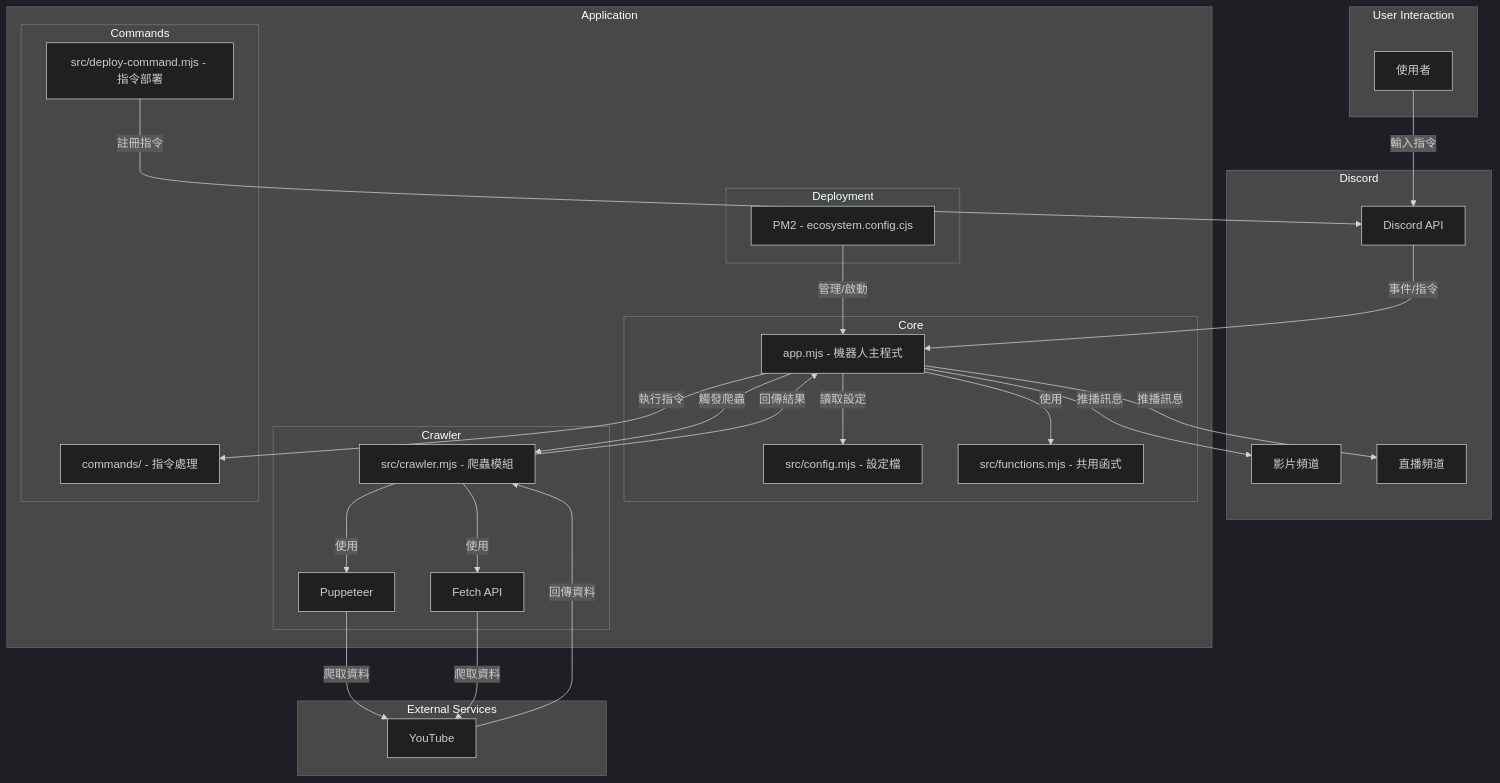
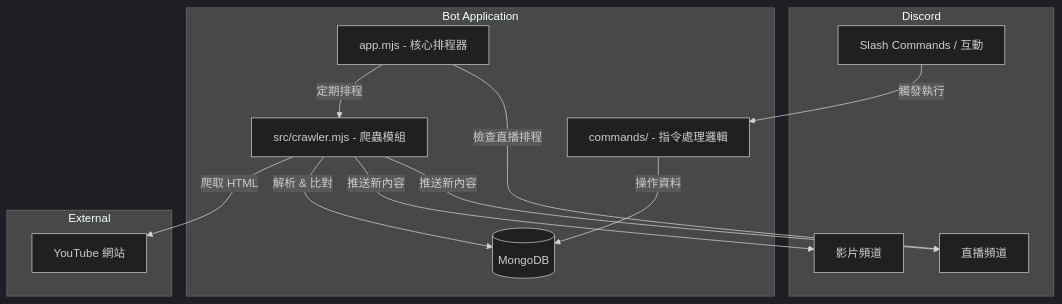
The diagram in README.md (RayLiu1999/yt_discord_bot), drawn with Mermaid (dark theme) before and after one commit. The commit also changed other lines of this file and 1 other file, not shown here.

Commit message:
docs: update README with slash commands and system architecture

````diff
--- a/README.md
+++ b/README.md
@@ -86,61 +91,28 @@
 ```mermaid
 graph TD
-    subgraph User Interaction
-        User[使用者]
-    end
-
     subgraph Discord
-        DiscordAPI[Discord API]
+        Interaction[Slash Commands / 互動]
         VideoChannel[影片頻道]
         StreamChannel[直播頻道]
     end
 
-    subgraph Application
-        subgraph Core
-            App[app.mjs - 機器人主程式]
-            Config[src/config.mjs - 設定檔]
-            Functions[src/functions.mjs - 共用函式]
-        end
-
-        subgraph Crawler
-            CrawlerModule[src/crawler.mjs - 爬蟲模組]
-            Puppeteer[Puppeteer]
-            FetchAPI[Fetch API]
-        end
-
-        subgraph Commands
-            DeployCommands[src/deploy-command.mjs - 指令部署]
-            CommandHandlers[commands/ - 指令處理]
-        end
-
-        subgraph Deployment
-            PM2[PM2 - ecosystem.config.cjs]
-        end
+    subgraph Bot Application
+        App[app.mjs - 核心排程器]
+        CommandHandlers[commands/ - 指令處理邏輯]
+        Crawler[src/crawler.mjs - 爬蟲模組]
+        DB[(MongoDB)]
     end
 
-    subgraph External Services
-        YouTube[YouTube]
+    subgraph External
+        YouTube[YouTube 網站]
     end
 
-    %% Connections
-    User -- 輸入指令 --> DiscordAPI
-    DiscordAPI -- 事件/指令 --> App
-
-    App -- 讀取設定 --> Config
-    App -- 使用 --> Functions
-    App -- 觸發爬蟲 --> CrawlerModule
-    App -- 執行指令 --> CommandHandlers
-    App -- 推播訊息 --> VideoChannel
-    App -- 推播訊息 --> StreamChannel
-
-    CrawlerModule -- 使用 --> Puppeteer
-    CrawlerModule -- 使用 --> FetchAPI
-    Puppeteer -- 爬取資料 --> YouTube
-    FetchAPI -- 爬取資料 --> YouTube
-    YouTube -- 回傳資料 --> CrawlerModule
-    CrawlerModule -- 回傳結果 --> App
-
-    DeployCommands -- 註冊指令 --> DiscordAPI
-
-    PM2 -- 管理/啟動 --> App
+    Interaction -- 觸發執行 --> CommandHandlers
+    App -- 定期排程 --> Crawler
+    CommandHandlers -- 操作資料 --> DB
+    Crawler -- 爬取 HTML --> YouTube
+    Crawler -- 解析 & 比對 --> DB
+    Crawler -- 推送新內容 --> VideoChannel
+    Crawler -- 推送新內容 --> StreamChannel
+    App -- 檢查直播排程 --> StreamChannel
 ```
````
